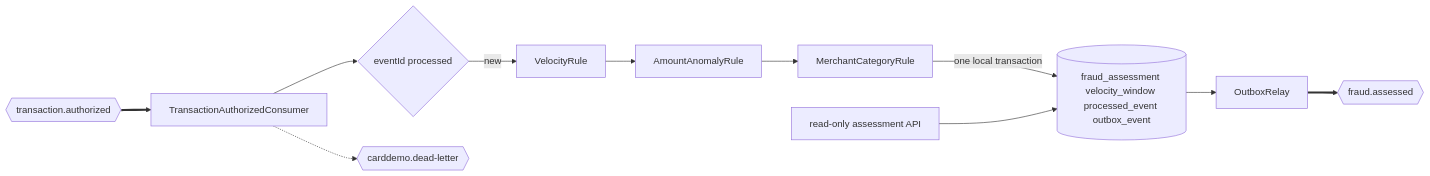
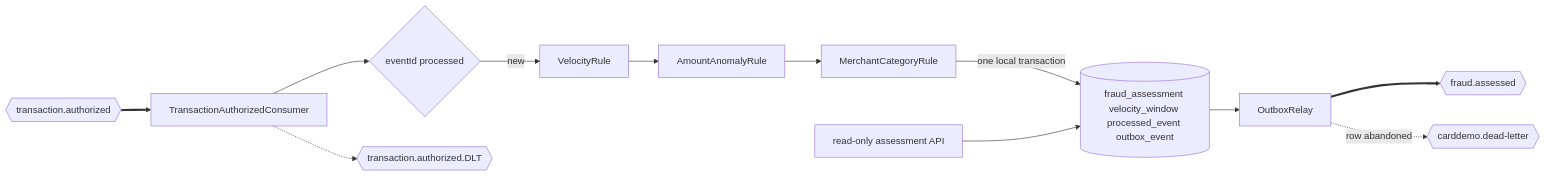
The diagram in card-platform/services/fraud-detection-service/README.md (blitzy-public-samples/aws-carddemo-blitzy), drawn with Mermaid before and after one commit. The commit also changed other lines of this file and 163 other files, not shown here.

````diff
--- a/card-platform/services/fraud-detection-service/README.md
+++ b/card-platform/services/fraud-detection-service/README.md
@@ -100,25 +113,27 @@
 ```mermaid
 graph LR
     IN{{"transaction.authorized"}}
     C["TransactionAuthorizedConsumer"]
     G{"eventId processed"}
     V["VelocityRule"]
     A["AmountAnomalyRule"]
     M["MerchantCategoryRule"]
     DB[("fraud_assessment velocity_window processed_event outbox_event")]
     R["OutboxRelay"]
     OUT{{"fraud.assessed"}}
     API["read-only assessment API"]
+    SRCDLT{{"transaction.authorized.DLT"}}
     DEAD{{"carddemo.dead-letter"}}
 
     IN ==> C
     C --> G
     G -->|"new"| V
     V --> A
     A --> M
     M -->|"one local transaction"| DB
     DB --> R
     R ==> OUT
     API --> DB
-    C -.-> DEAD
+    C -.-> SRCDLT
+    R -.->|"row abandoned"| DEAD
 ```
````
